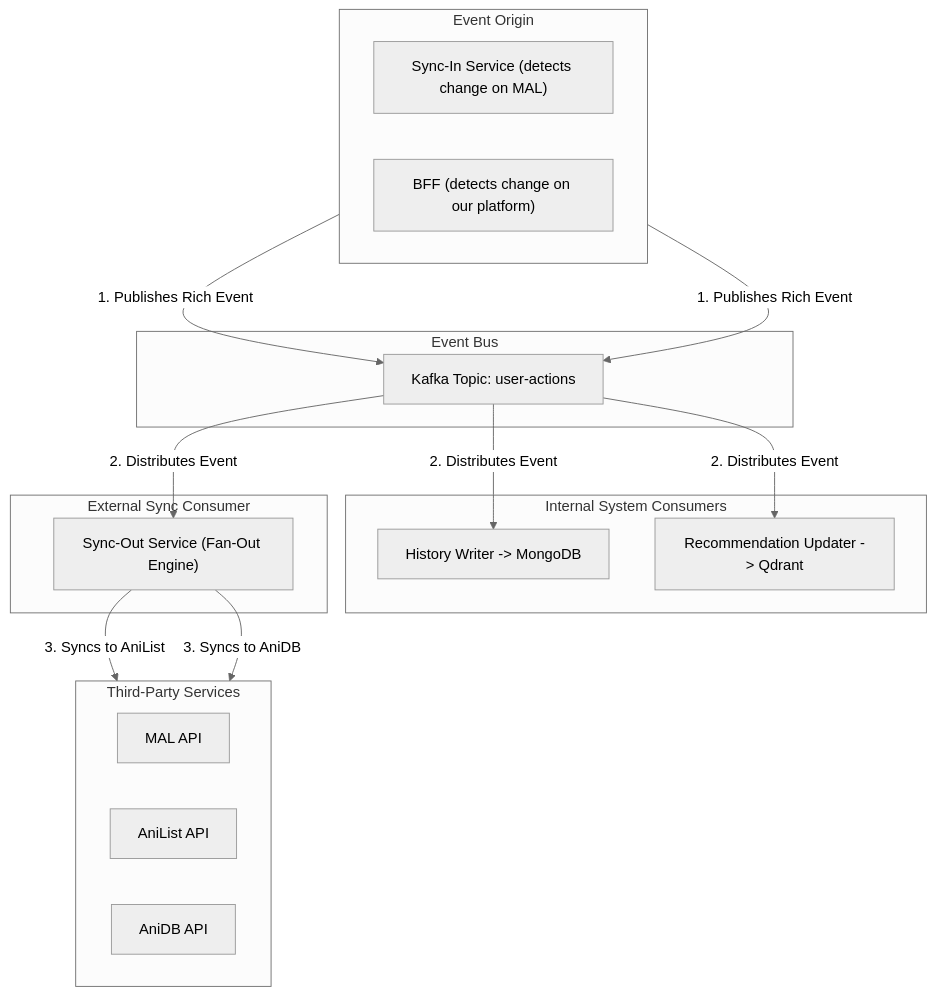
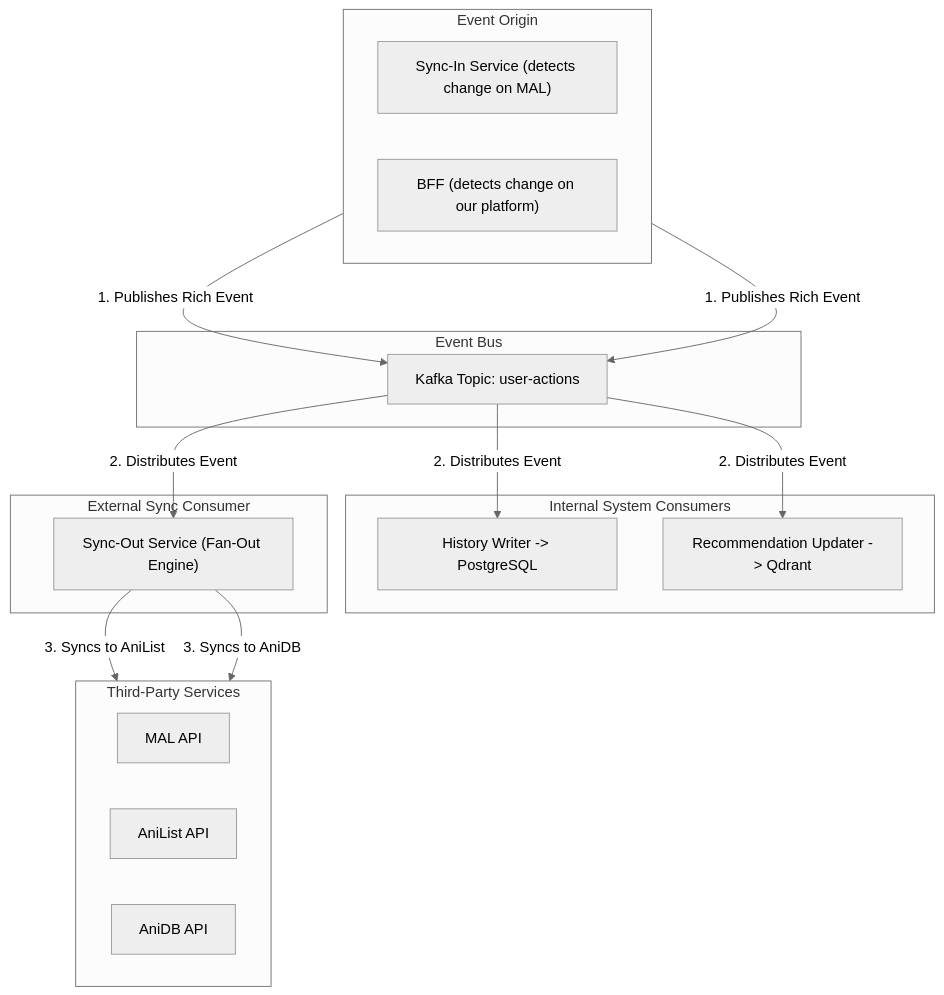
One commit to adnanaq/echora changed the fourth of 4 diagrams in docs/implementation_plan.md. Above: the diagram before and after it, drawn with Mermaid (neutral theme). The commit also changed other lines of this file and 31 other files, not shown here.

````diff
--- a/docs/implementation_plan.md
+++ b/docs/implementation_plan.md
@@ -1616,39 +1614,39 @@
   ```mermaid
   graph TD
       subgraph "Event Origin"
           direction LR
           SyncIn["Sync-In Service (detects change on MAL)"]
           BFF["BFF (detects change on our platform)"]
       end
 
       subgraph "Event Bus"
           Kafka["Kafka Topic: user-actions"]
       end
 
       subgraph "Internal System Consumers"
-          HistoryWriter["History Writer -> MongoDB"]
+          HistoryWriter["History Writer -> PostgreSQL"]
           RecoUpdater["Recommendation Updater -> Qdrant"]
       end
       
       subgraph "External Sync Consumer"
           SyncOut["Sync-Out Service (Fan-Out Engine)"]
       end
 
       subgraph "Third-Party Services"
           direction LR
           MAL["MAL API"]
           AniList["AniList API"]
           AniDB["AniDB API"]
       end
 
       SyncIn -- "1. Publishes Rich Event" --> Kafka
       BFF -- "1. Publishes Rich Event" --> Kafka
 
       Kafka -- "2. Distributes Event" --> HistoryWriter
       Kafka -- "2. Distributes Event" --> RecoUpdater
       Kafka -- "2. Distributes Event" --> SyncOut
 
       SyncOut -- "3. Syncs to AniList" --> AniList
       SyncOut -- "3. Syncs to AniDB" --> AniDB
       %% Note: It intelligently skips syncing back to MAL
   ```
````
